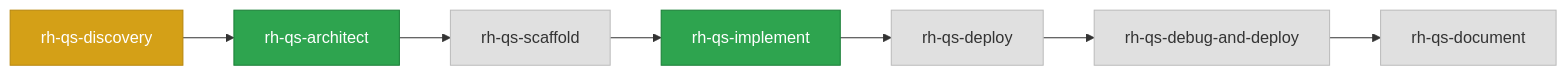
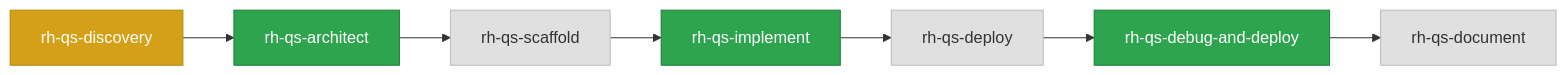
Before and after one commit to elhadjici/telco-revenue-assurance-agent: the diagram in .qs-factory/flow/dashboard.md, drawn with Mermaid. The commit also changed other lines of this file and 109 other files, not shown here.

````diff
--- a/.qs-factory/flow/dashboard.md
+++ b/.qs-factory/flow/dashboard.md
@@ -47,11 +39,11 @@
 ```mermaid
 flowchart LR
     A["rh-qs-discovery"] --> B["rh-qs-architect"] --> C["rh-qs-scaffold"] --> D["rh-qs-implement"] --> E["rh-qs-deploy"] --> F["rh-qs-debug-and-deploy"] --> G["rh-qs-document"]
     style A fill:#d4a017,color:#fff,stroke:#b8860b
     style B fill:#2ea44f,color:#fff,stroke:#1a7f37
     style C fill:#e0e0e0,color:#333,stroke:#bbb
     style D fill:#2ea44f,color:#fff,stroke:#1a7f37
     style E fill:#e0e0e0,color:#333,stroke:#bbb
-    style F fill:#e0e0e0,color:#333,stroke:#bbb
+    style F fill:#2ea44f,color:#fff,stroke:#1a7f37
     style G fill:#e0e0e0,color:#333,stroke:#bbb
 ```
````
